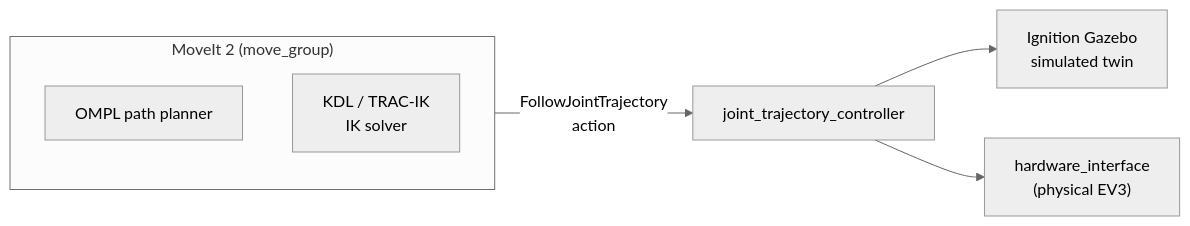
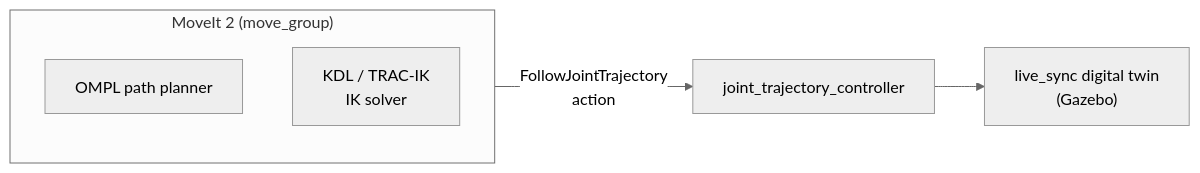
Before and after one commit to AJAYKRISHNAVENKATESAN/ev3_manipulator: the first of 2 diagrams in ev3_manipulator_moveit/README.md, drawn with Mermaid (neutral theme). The commit also changed other lines of this file and 1 other file, not shown here.

Commit message:
docs: add live_sync mermaid diagram, update moveit for live_sync path planning

````diff
--- a/ev3_manipulator_moveit/README.md
+++ b/ev3_manipulator_moveit/README.md
@@ -10,14 +8,12 @@
 ```mermaid
 flowchart LR
     subgraph MoveIt2 ["MoveIt 2 (move_group)"]
         PL["OMPL path planner"]
         IK["KDL / TRAC-IK<br/>IK solver"]
     end
     JTC["joint_trajectory_controller"]
-    SIM["Ignition Gazebo<br/>simulated twin"]
-    HW["hardware_interface<br/>(physical EV3)"]
+    SIM["live_sync digital twin<br/>(Gazebo)"]
 
     MoveIt2 -- "FollowJointTrajectory<br/>action" --> JTC
     JTC --> SIM
-    JTC --> HW
 ```
````
